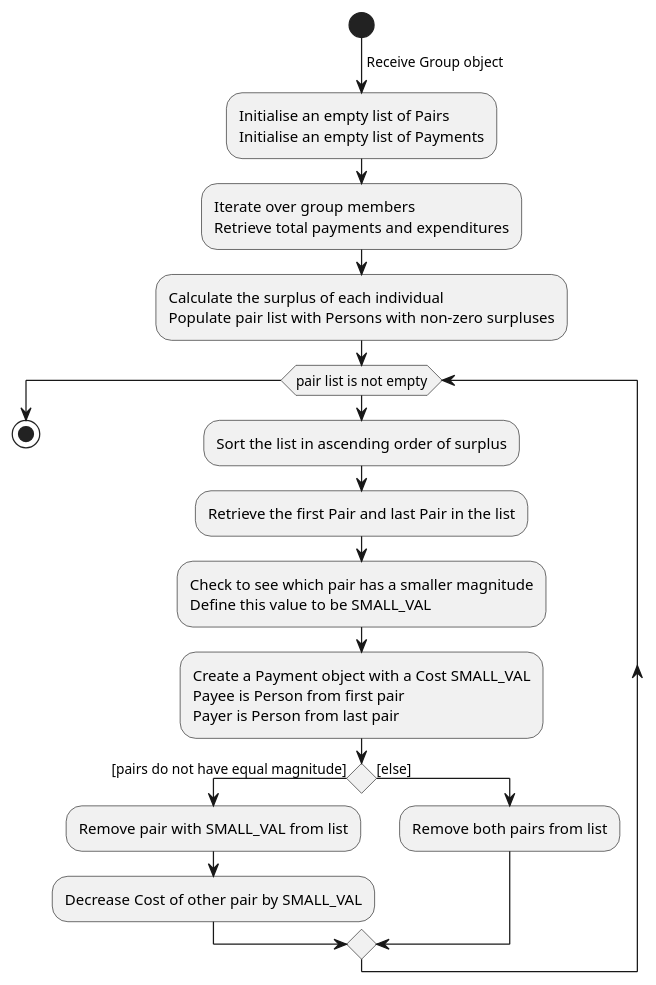
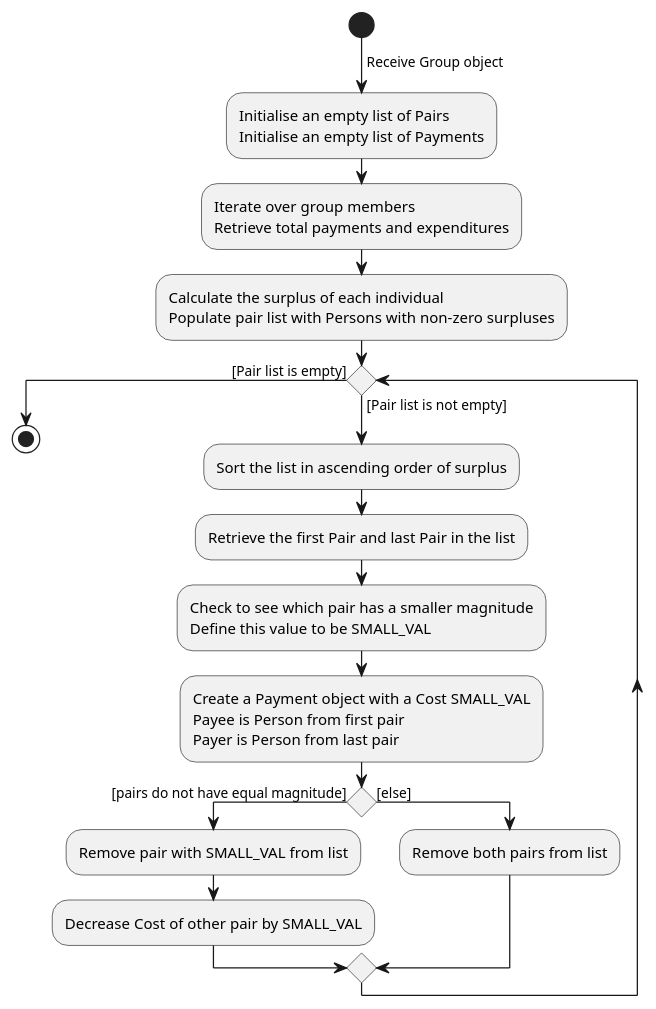
The diagram in docs/diagrams/CalculatePaymentsCommandAlgorithmDiagram.puml (ramapriyan912001/tp), drawn with PlantUML before and after one commit. The commit also changed 5 other files, not shown here.

```diff
--- a/docs/diagrams/CalculatePaymentsCommandAlgorithmDiagram.puml
+++ b/docs/diagrams/CalculatePaymentsCommandAlgorithmDiagram.puml
@@ -1,29 +1,29 @@
 @startuml
 start
 -> Receive Group object;
 :Initialise an empty list of Pairs
 Initialise an empty list of Payments;
 
 :Iterate over group members
 Retrieve total payments and expenditures;
 
 :Calculate the surplus of each individual
 Populate pair list with Persons with non-zero surpluses;
 
-while (pair list is not empty)
+while () is ([Pair list is not empty])
 :Sort the list in ascending order of surplus;
 :Retrieve the first Pair and last Pair in the list;
 :Check to see which pair has a smaller magnitude
 Define this value to be SMALL_VAL;
 :Create a Payment object with a Cost SMALL_VAL
 Payee is Person from first pair
 Payer is Person from last pair;
     if () then ([pairs do not have equal magnitude])
     :Remove pair with SMALL_VAL from list;
     :Decrease Cost of other pair by SMALL_VAL;
     else ([else])
     :Remove both pairs from list;
     endif
-endwhile
+endwhile ([Pair list is empty])
 stop
 @enduml
```
